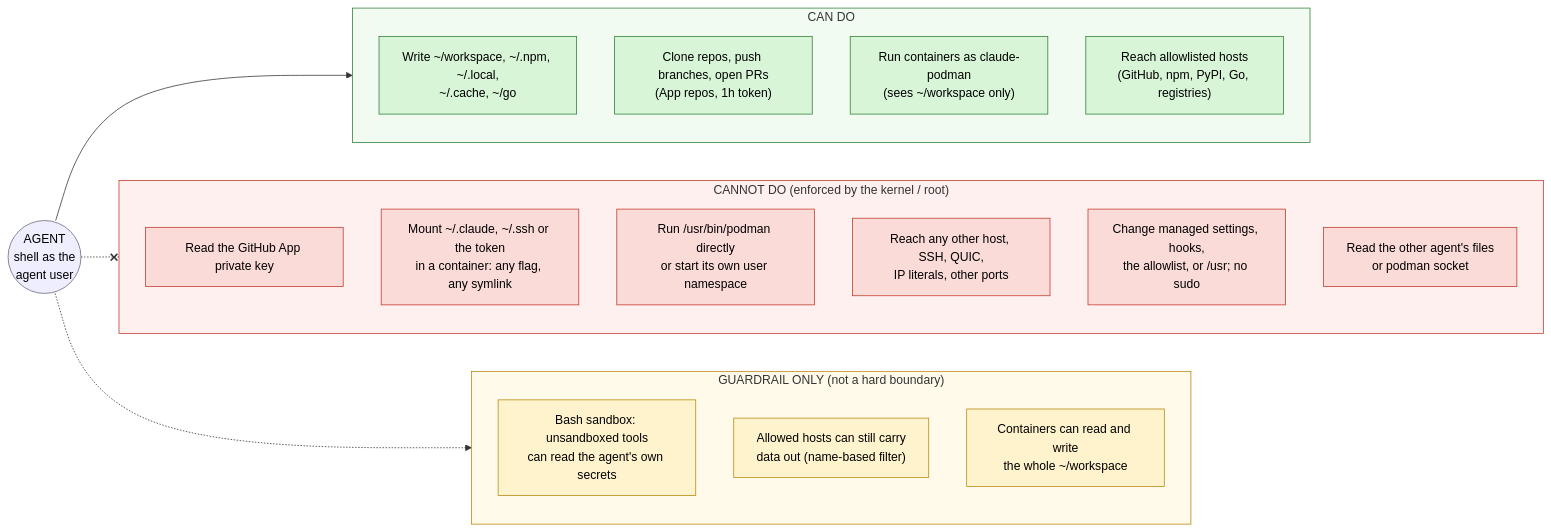
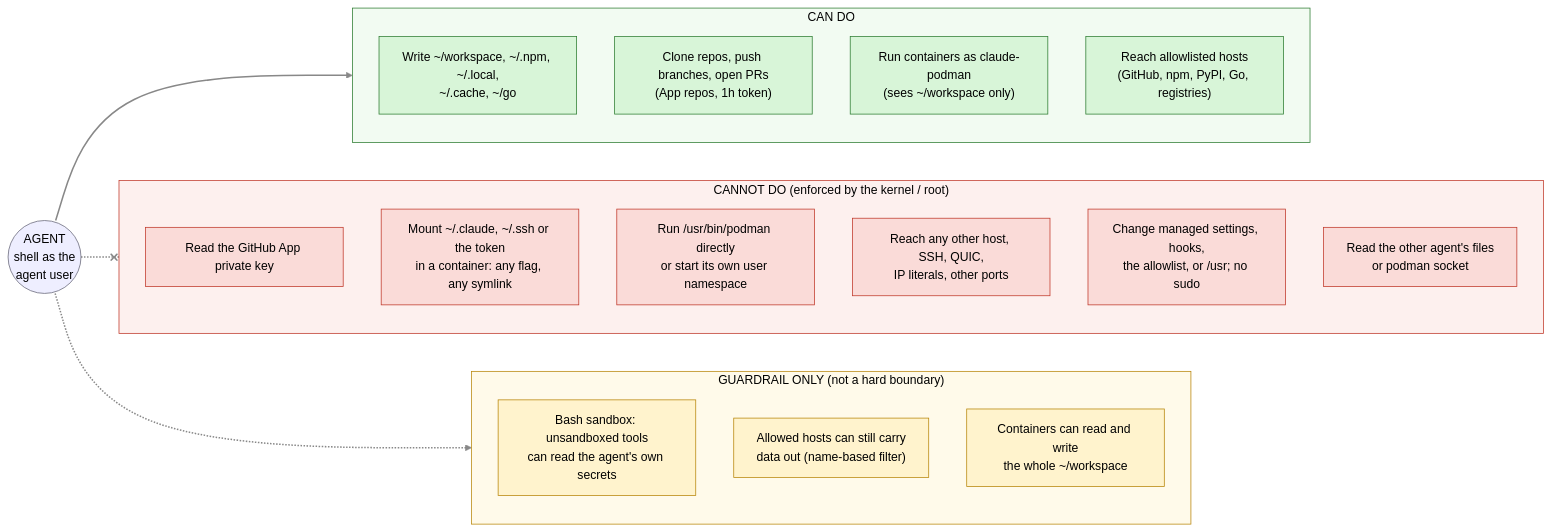
The second of 3 diagrams in docs/claude-vm/README.md (cthtrifork/homeserver-bootc), drawn with Mermaid before and after one commit. The commit also changed other lines of this file, not shown here.

Commit message:
docs(claude-vm): make diagram text and lines readable in GitHub dark mode
Subgraph titles inherited the theme's white text on pale fills; set the
text colour explicitly and use a mid-grey link colour.

````diff
--- a/docs/claude-vm/README.md
+++ b/docs/claude-vm/README.md
@@ -77,44 +78,45 @@
 ```mermaid
 flowchart LR
     AG(("AGENT<br/>shell as the<br/>agent user"))
 
     subgraph CAN["CAN DO"]
         direction TB
         C1["Write ~/workspace, ~/.npm, ~/.local,<br/>~/.cache, ~/go"]
         C2["Clone repos, push branches, open PRs<br/>(App repos, 1h token)"]
         C3["Run containers as claude-podman<br/>(sees ~/workspace only)"]
         C4["Reach allowlisted hosts<br/>(GitHub, npm, PyPI, Go, registries)"]
     end
 
     subgraph CANT["CANNOT DO (enforced by the kernel / root)"]
         direction TB
         N1["Read the GitHub App private key"]
         N2["Mount ~/.claude, ~/.ssh or the token<br/>in a container: any flag, any symlink"]
         N3["Run /usr/bin/podman directly<br/>or start its own user namespace"]
         N4["Reach any other host, SSH, QUIC,<br/>IP literals, other ports"]
         N5["Change managed settings, hooks,<br/>the allowlist, or /usr; no sudo"]
         N6["Read the other agent's files<br/>or podman socket"]
     end
 
     subgraph SOFT["GUARDRAIL ONLY (not a hard boundary)"]
         direction TB
         S1["Bash sandbox: unsandboxed tools<br/>can read the agent's own secrets"]
         S2["Allowed hosts can still carry<br/>data out (name-based filter)"]
         S3["Containers can read and write<br/>the whole ~/workspace"]
     end
 
     AG --> CAN
     AG -.-x CANT
     AG -.-> SOFT
 
+    linkStyle default stroke:#888,stroke-width:2px
     classDef ok fill:#d8f5d8,stroke:#2e7d32,color:#000
     classDef no fill:#fadbd8,stroke:#c0392b,color:#000
     classDef soft fill:#fff3cd,stroke:#b8860b,color:#000
     class C1,C2,C3,C4 ok
     class N1,N2,N3,N4,N5,N6 no
     class S1,S2,S3 soft
-    style CAN fill:#f2fbf2,stroke:#2e7d32
-    style CANT fill:#fdf0ee,stroke:#c0392b
-    style SOFT fill:#fffaea,stroke:#b8860b
+    style CAN fill:#f2fbf2,stroke:#2e7d32,color:#000
+    style CANT fill:#fdf0ee,stroke:#c0392b,color:#000
+    style SOFT fill:#fffaea,stroke:#b8860b,color:#000
     style AG fill:#eef,stroke:#667,color:#000
 ```
````
